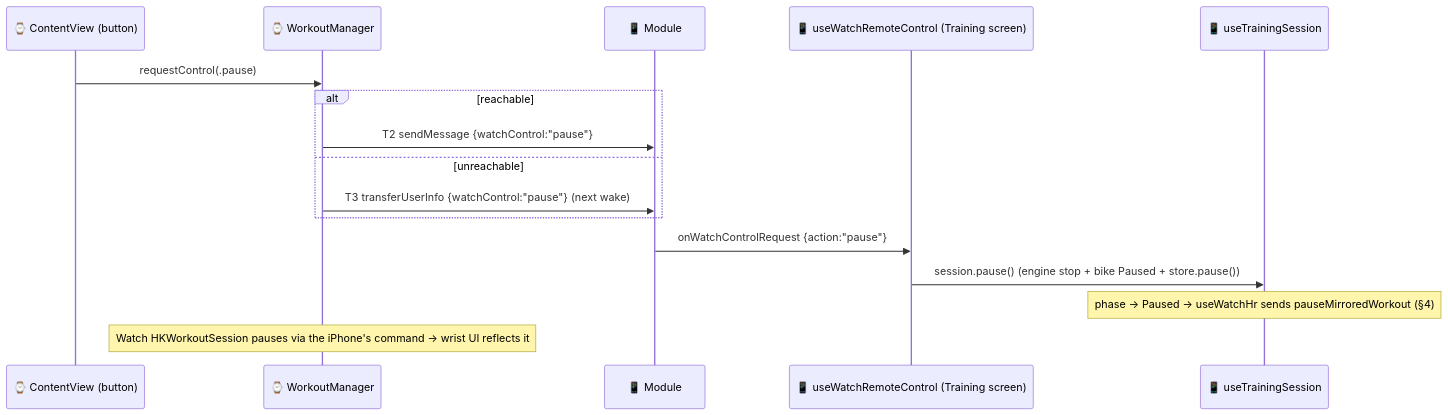
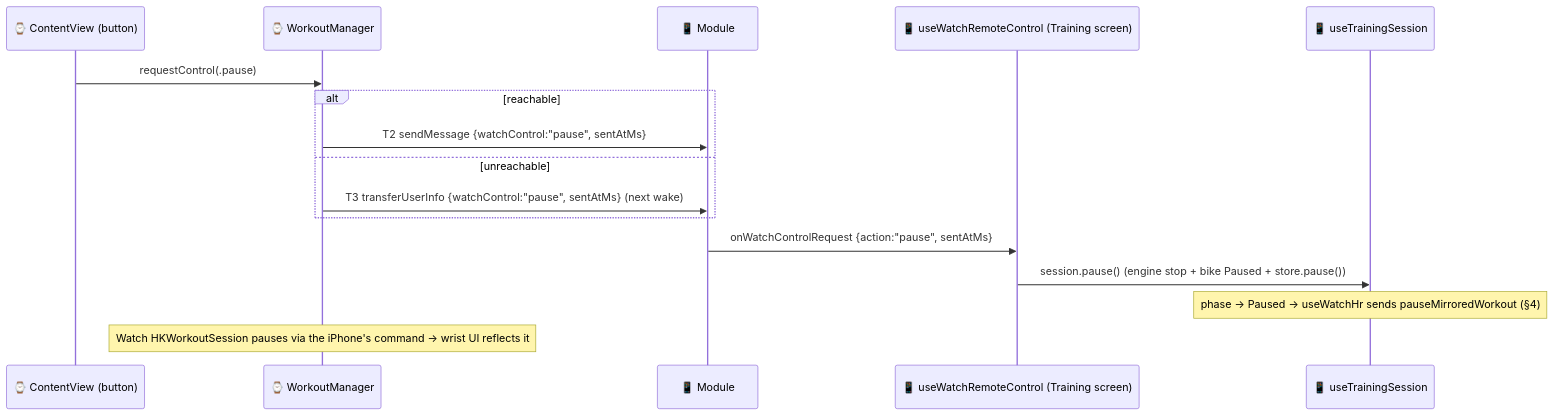
The fifth of 6 diagrams in docs/apple-watch/watch-iphone-communication.md (mike927/omni-bike-rn), drawn with Mermaid before and after one commit. The commit also changed other lines of this file and 5 other files, not shown here.

````diff
--- a/docs/apple-watch/watch-iphone-communication.md
+++ b/docs/apple-watch/watch-iphone-communication.md
@@ -220,19 +220,19 @@
 ```mermaid
 sequenceDiagram
   participant WUI as ⌚ ContentView (button)
   participant WM as ⌚ WorkoutManager
   participant Mod as 📱 Module
   participant JS as 📱 useWatchRemoteControl (Training screen)
   participant TS as 📱 useTrainingSession
 
   WUI->>WM: requestControl(.pause)
   alt reachable
-    WM->>Mod: T2 sendMessage {watchControl:"pause"}
+    WM->>Mod: T2 sendMessage {watchControl:"pause", sentAtMs}
   else unreachable
-    WM->>Mod: T3 transferUserInfo {watchControl:"pause"}  (next wake)
+    WM->>Mod: T3 transferUserInfo {watchControl:"pause", sentAtMs}  (next wake)
   end
-  Mod->>JS: onWatchControlRequest {action:"pause"}
+  Mod->>JS: onWatchControlRequest {action:"pause", sentAtMs}
   JS->>TS: session.pause()  (engine stop + bike Paused + store.pause())
   Note over TS: phase → Paused → useWatchHr sends pauseMirroredWorkout (§4)
   Note over WM: Watch HKWorkoutSession pauses via the iPhone's command → wrist UI reflects it
 ```
````
